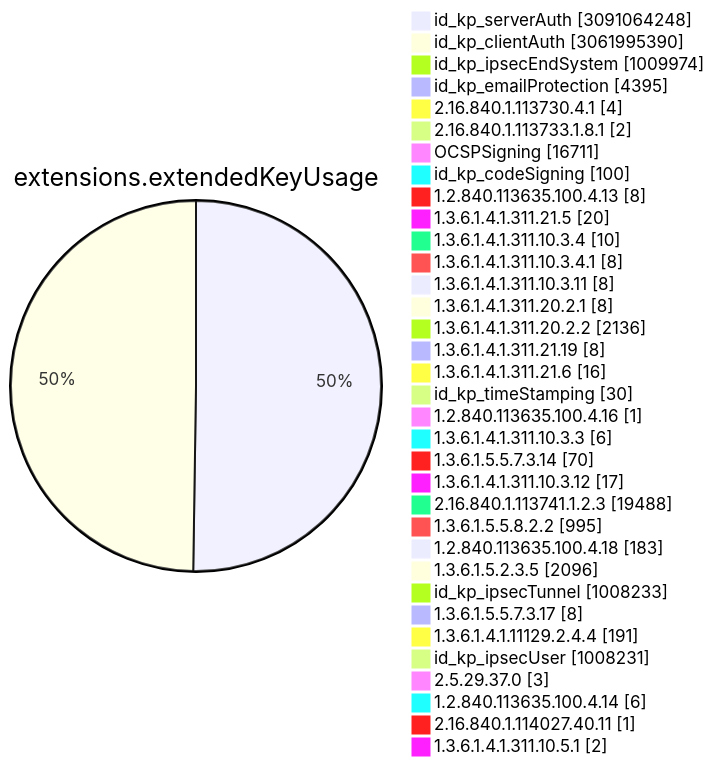
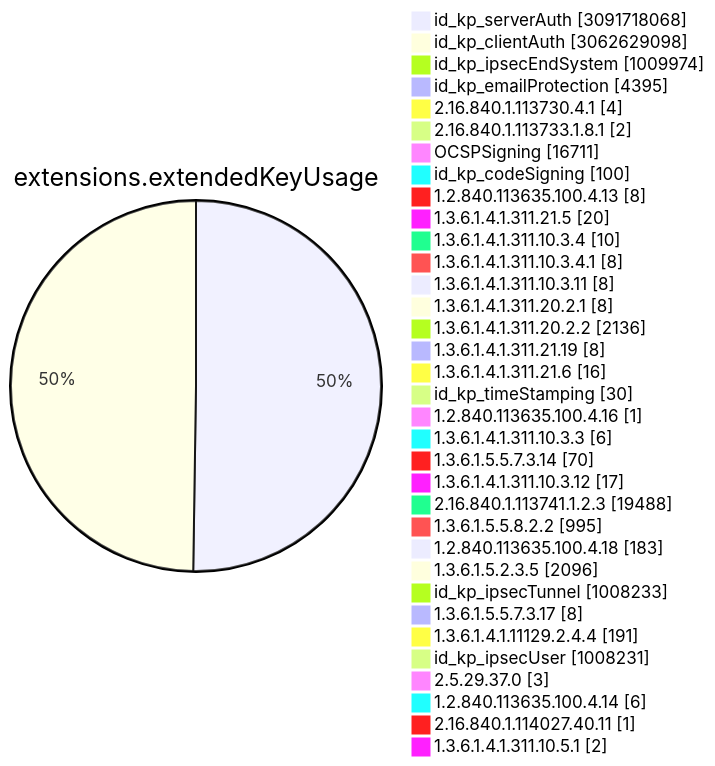
One commit to christiankrug/ctmonitor_visualization changed diagram 11 of 15 in TOTAL/README.md. Above: the diagram before and after it, drawn with Mermaid. The commit also changed other lines of this file, not shown here.

````diff
--- a/TOTAL/README.md
+++ b/TOTAL/README.md
@@ -4119,38 +4119,38 @@
 ```mermaid
 pie showData
 title extensions.extendedKeyUsage
-"id_kp_serverAuth" :3091064248
-"id_kp_clientAuth" :3061995390
+"id_kp_serverAuth" :3091718068
+"id_kp_clientAuth" :3062629098
 "id_kp_ipsecEndSystem" :1009974
 "id_kp_emailProtection" :4395
 "2.16.840.1.113730.4.1" :4
 "2.16.840.1.113733.1.8.1" :2
 "OCSPSigning" :16711
 "id_kp_codeSigning" :100
 "1.2.840.113635.100.4.13" :8
 "1.3.6.1.4.1.311.21.5" :20
 "1.3.6.1.4.1.311.10.3.4" :10
 "1.3.6.1.4.1.311.10.3.4.1" :8
 "1.3.6.1.4.1.311.10.3.11" :8
 "1.3.6.1.4.1.311.20.2.1" :8
 "1.3.6.1.4.1.311.20.2.2" :2136
 "1.3.6.1.4.1.311.21.19" :8
 "1.3.6.1.4.1.311.21.6" :16
 "id_kp_timeStamping" :30
 "1.2.840.113635.100.4.16" :1
 "1.3.6.1.4.1.311.10.3.3" :6
 "1.3.6.1.5.5.7.3.14" :70
 "1.3.6.1.4.1.311.10.3.12" :17
 "2.16.840.1.113741.1.2.3" :19488
 "1.3.6.1.5.5.8.2.2" :995
 "1.2.840.113635.100.4.18" :183
 "1.3.6.1.5.2.3.5" :2096
 "id_kp_ipsecTunnel" :1008233
 "1.3.6.1.5.5.7.3.17" :8
 "1.3.6.1.4.1.11129.2.4.4" :191
 "id_kp_ipsecUser" :1008231
 "2.5.29.37.0" :3
 "1.2.840.113635.100.4.14" :6
 "2.16.840.1.114027.40.11" :1
 "1.3.6.1.4.1.311.10.5.1" :2
 ```
````
